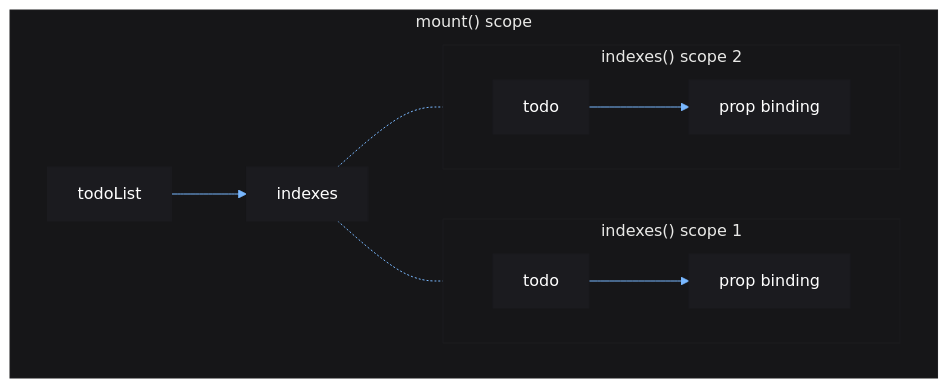
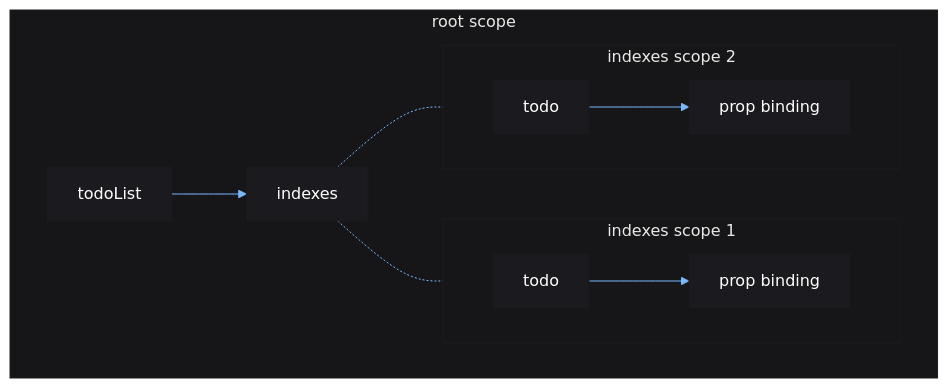
The second of 2 diagrams in docs/tut/crash-course/11-control-flow.md (centau/vide), drawn with Mermaid before and after one commit. The commit also changed other lines of this file and 12 other files, not shown here.

````diff
--- a/docs/tut/crash-course/11-control-flow.md
+++ b/docs/tut/crash-course/11-control-flow.md
@@ -229,30 +155,30 @@
 ```mermaid
 %%{init: {
     "theme": "base",
     "themeVariables": {
         "primaryColor": "#1B1B1F",
         "primaryTextColor": "#fff",
         "primaryBorderColor": "#1B1B1F",
         "lineColor": "#79B8FF",
         "tertiaryColor": "#161618",
         "tertiaryBorderColor": "#1C1C1F"
     }
 }}%%
 
 graph
 
-subgraph root ["mount() scope"]
+subgraph root ["root scope"]
     direction LR
     todoList --> indexes -.- subroot1 & subroot2
 
-    subgraph subroot1 ["indexes() scope 1"]
+    subgraph subroot1 ["indexes scope 1"]
         direction LR
         value1[todo] --> prop1["prop binding"]
     end
 
-    subgraph subroot2 ["indexes() scope 2"]
+    subgraph subroot2 ["indexes scope 2"]
         direction LR
         value2[todo] --> prop2[prop binding]
     end
 end
 ```
````
